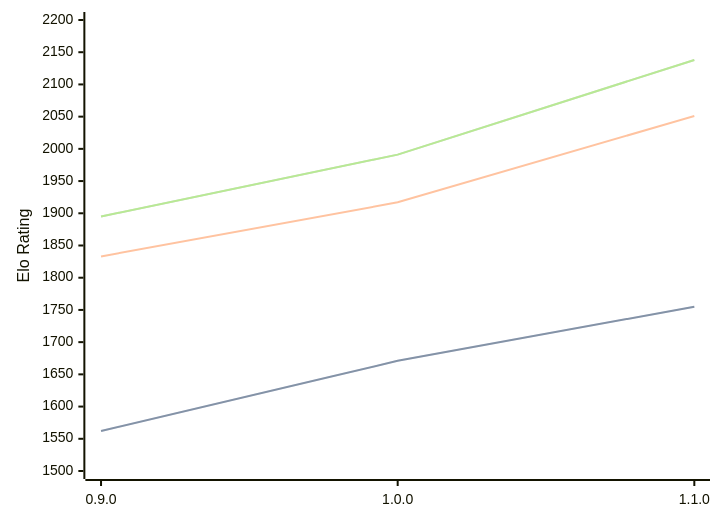
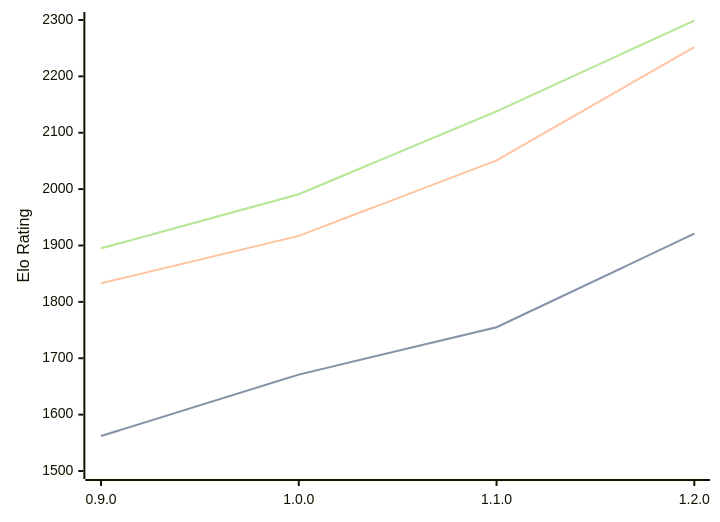
Before and after one commit to computer-chess-index/cci: the diagram in engines/Ratsu.md, drawn with Mermaid. The commit also changed other lines of this file, not shown here.

Commit message:
Update CCI Ratings (ELO VLTC) - 2026-05-08

````diff
--- a/engines/Ratsu.md
+++ b/engines/Ratsu.md
@@ -33,11 +34,11 @@
 ```mermaid
 %%{init: {"theme":"base","themeVariables":{"seriesColors:['#a3a3a3','#222221','#faa371']}}}%%
 xychart-beta
-  x-axis ["0.9.0", "1.0.0", "1.1.0"]
-  y-axis "Elo Rating" 1500 --> 2200
-  line "STC (8.0+0.08s)" [1562, 1671, 1755]
-  line "STC (8.0+0.08s)" [1562, 1671, 1755]
-  line "LTC (60.0+0.60s)" [1833, 1917, 2051]
-  line "VLTC (2m24s+1.12s)" [1895, 1991, 2138]
-  line "VLTC (2m24s+1.12s)" [1895, 1991, 2138]
+  x-axis ["0.9.0", "1.0.0", "1.1.0", "1.2.0"]
+  y-axis "Elo Rating" 1500 --> 2300
+  line "STC (8.0+0.08s)" [1562, 1671, 1755, 1921]
+  line "STC (8.0+0.08s)" [1562, 1671, 1755, 1921]
+  line "LTC (60.0+0.60s)" [1833, 1917, 2051, 2252]
+  line "VLTC (2m24s+1.12s)" [1895, 1991, 2138, 2299]
+  line "VLTC (2m24s+1.12s)" [1895, 1991, 2138, 2299]
 ```
````
